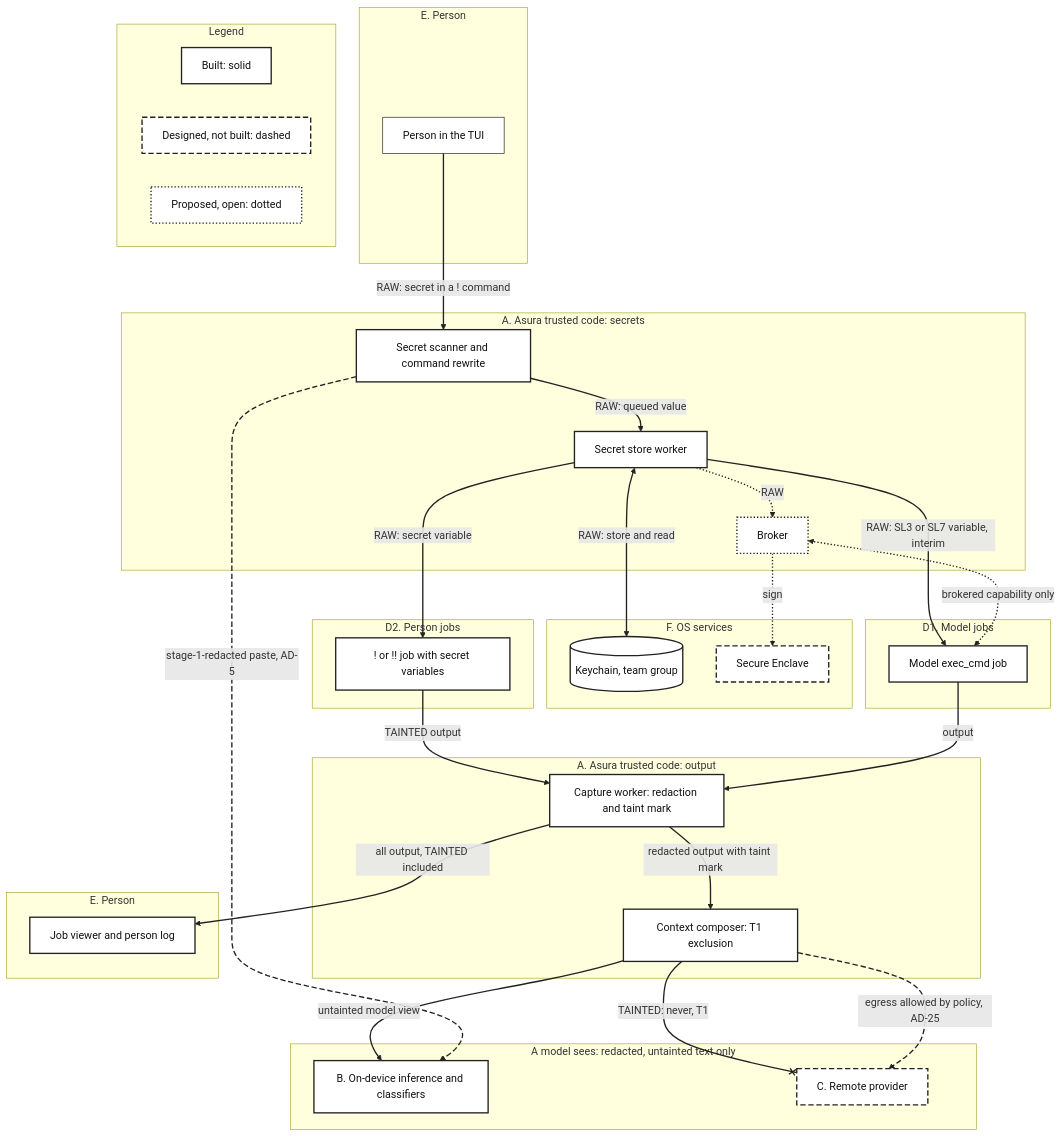
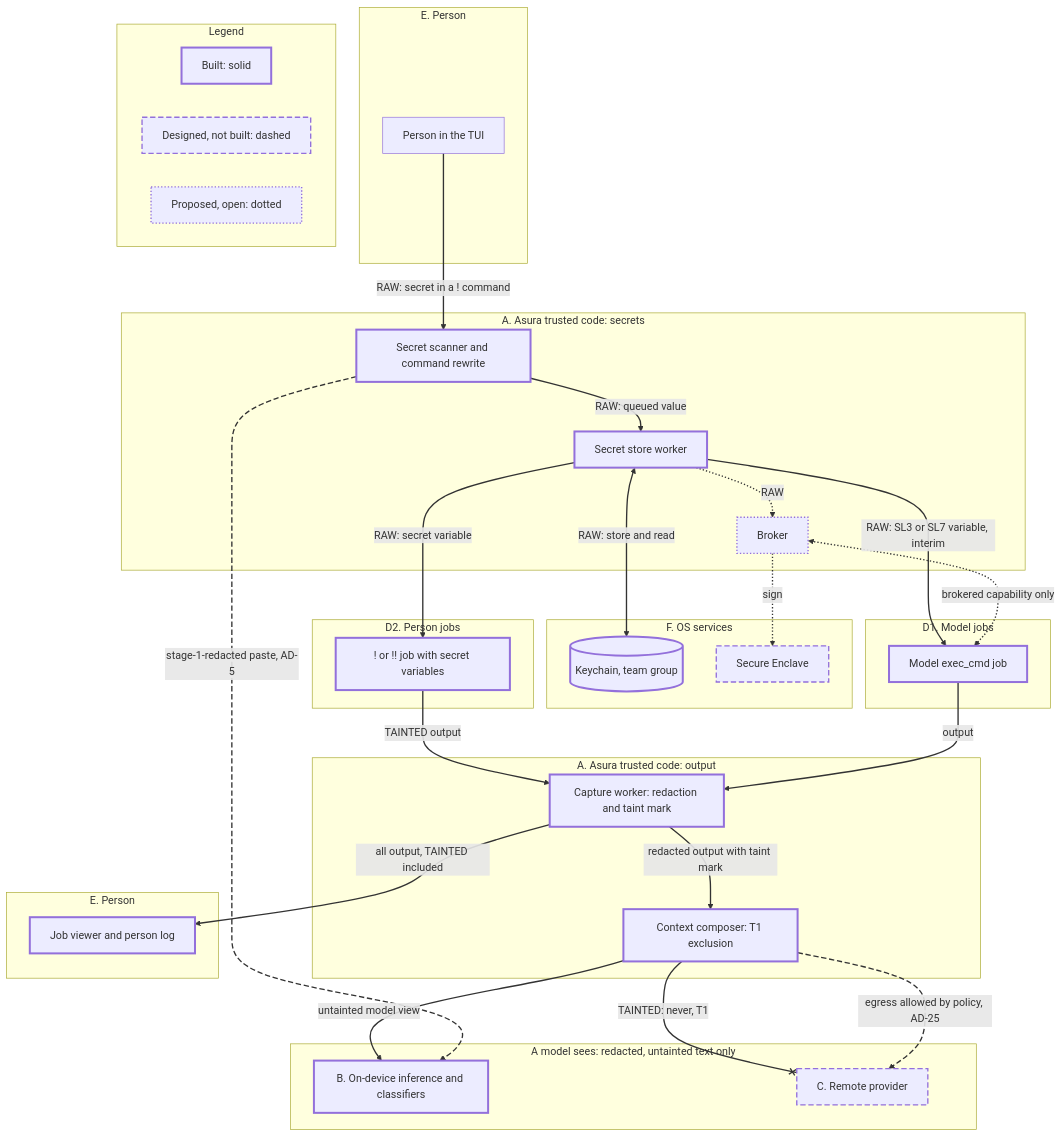
Before and after one commit to pidster/asura: the third of 7 diagrams in docs/designs/architecture-overview.md, drawn with Mermaid. The commit also changed other lines of this file, not shown here.

First line of the commit message:
Let the overview diagrams follow the viewer's theme: no colours set

````diff
--- a/docs/designs/architecture-overview.md
+++ b/docs/designs/architecture-overview.md
@@ -239,61 +239,61 @@
 ```mermaid
 flowchart TB
     subgraph E1["E. Person"]
         P["Person in the TUI"]:::outside
     end
     subgraph A1["A. Asura trusted code: secrets"]
         Scan["Secret scanner and command rewrite"]:::built
         SS["Secret store worker"]:::built
         Brk["Broker"]:::proposed
     end
     subgraph F["F. OS services"]
         KC[("Keychain, team group")]:::built
         SEn["Secure Enclave"]:::designed
     end
     subgraph D2["D2. Person jobs"]
         PJ["! or !! job with secret variables"]:::built
     end
     subgraph D1["D1. Model jobs"]
         MJ["Model exec_cmd job"]:::built
     end
     subgraph A2["A. Asura trusted code: output"]
         Cap["Capture worker: redaction and taint mark"]:::built
         CC["Context composer: T1 exclusion"]:::built
     end
     subgraph E2["E. Person"]
         V["Job viewer and person log"]:::built
     end
     subgraph Sees["A model sees: redacted, untainted text only"]
         LM["B. On-device inference and classifiers"]:::built
         RM["C. Remote provider"]:::designed
     end
     P -->|"RAW: secret in a ! command"| Scan
     Scan -->|"RAW: queued value"| SS
     SS <-->|"RAW: store and read"| KC
     SS -->|"RAW: secret variable"| PJ
     SS -->|"RAW: SL3 or SL7 variable, interim"| MJ
     PJ -->|"TAINTED output"| Cap
     MJ -->|"output"| Cap
     Cap -->|"all output, TAINTED included"| V
     Cap -->|"redacted output with taint mark"| CC
     CC -->|"untainted model view"| LM
     CC --x|"TAINTED: never, T1"| RM
     Scan -->|"stage-1-redacted paste, AD-5"| LM
     CC -->|"egress allowed by policy, AD-25"| RM
     Brk -->|"sign"| SEn
     SS -->|"RAW"| Brk
     Brk <-->|"brokered capability only"| MJ
     subgraph Legend["Legend"]
         direction LR
         LB["Built: solid"]:::built
         LD["Designed, not built: dashed"]:::designed
         LP["Proposed, open: dotted"]:::proposed
     end
-    classDef built fill:#ffffff,stroke:#222222,stroke-width:2px,color:#111111
-    classDef designed fill:#ffffff,stroke:#222222,stroke-width:2px,stroke-dasharray:8 4,color:#111111
-    classDef proposed fill:#ffffff,stroke:#222222,stroke-width:2px,stroke-dasharray:2 3,color:#111111
-    classDef outside fill:#ffffff,stroke:#222222,stroke-width:1px,color:#111111
-    linkStyle 0,1,2,3,4,5,6,7,8,9,10 stroke:#222222,stroke-width:2px
-    linkStyle 11,12 stroke:#222222,stroke-width:2px,stroke-dasharray:8 4
-    linkStyle 13,14,15 stroke:#222222,stroke-width:2px,stroke-dasharray:2 3
+    classDef built stroke-width:3px
+    classDef designed stroke-width:2px,stroke-dasharray:8 4
+    classDef proposed stroke-width:2px,stroke-dasharray:2 3
+    classDef outside stroke-width:1px
+    linkStyle 0,1,2,3,4,5,6,7,8,9,10 stroke-width:2px
+    linkStyle 11,12 stroke-width:2px,stroke-dasharray:8 4
+    linkStyle 13,14,15 stroke-width:2px,stroke-dasharray:2 3
 ```
````
